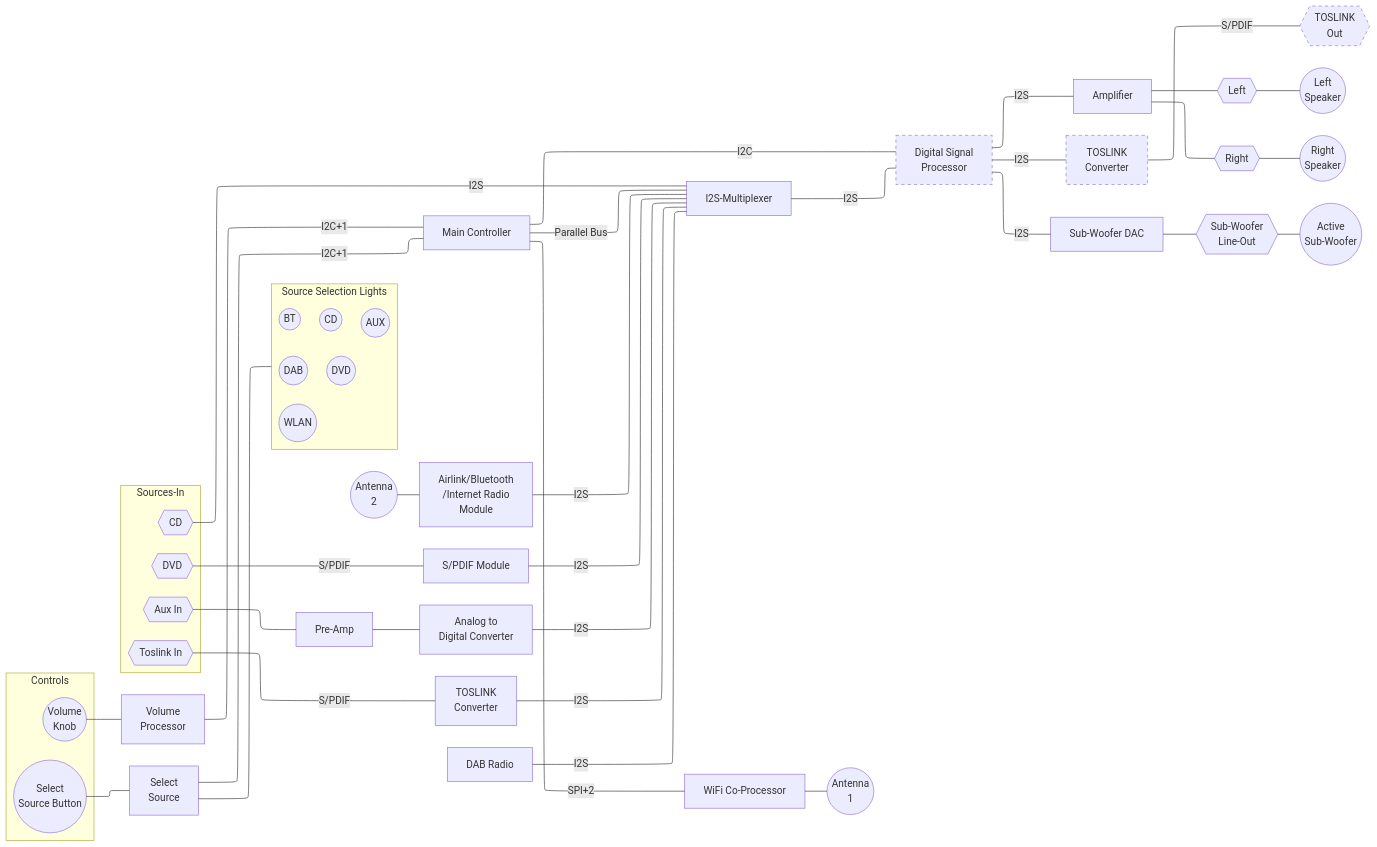
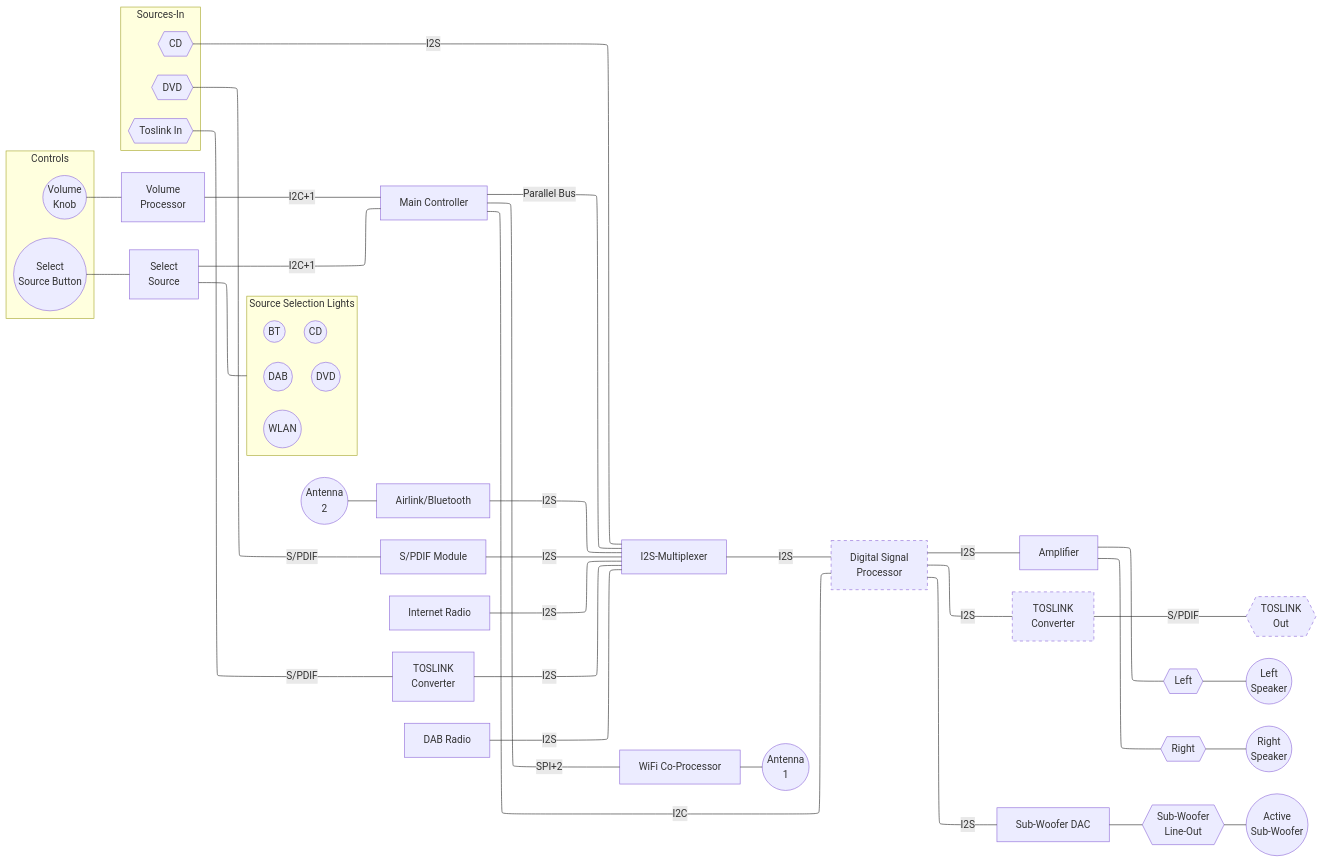
The first of 3 diagrams in README.md (adoble/modular-audio), drawn with Mermaid before and after one commit.

Commit message:
Removed aux, added internet-radio

````diff
--- a/README.md
+++ b/README.md
@@ -13,68 +13,66 @@
 ```mermaid
 %%{init: {"flowchart": {"defaultRenderer": "elk"}} }%%
 flowchart LR
 
 
 main_ctrl["Main Controller"] -- Parallel Bus --- i2sm[I2S-Multiplexer];
 wifi --- antenna1((Antenna <br> 1));
 
 main_ctrl -- I2C --- dsp;
 main_ctrl -- SPI+2 --- wifi["WiFi Co-Processor"]
 i2sm -- I2S --- dsp["Digital Signal <br> Processor"] -- I2S --- amp[Amplifier];
 dsp -- I2S --- toslink_out_converter[TOSLINK<br>Converter] -- "S/PDIF" --- toslink_out{{TOSLINK <br> Out}};
 
 
 style dsp stroke-dasharray: 5 5;
 style toslink_out_converter stroke-dasharray: 5 5;
 style toslink_out stroke-dasharray: 5 5;
 
 
 subgraph sources [Sources-In]
     cd{{CD}};
     dvd{{DVD}};
     tos_link_in{{Toslink In}}
-    aux{{Aux In}};
-    
 end
 
 subgraph source_sel_display [Source Selection Lights]
     direction LR
     cd_source_selected((CD ))
     dvd_source_selected((DVD))
     bluetooth_source_selected((BT ))
     wlan_source_selected((WLAN))
-    aux_source_selected((AUX))
     dab_source_selected((DAB))
 end
 
 antenna2((Antenna <br> 2)) --- airlink;
-airlink["Airlink/Bluetooth <br> /Internet Radio <br> Module"] -- I2S --- i2sm
+airlink["Airlink/Bluetooth"] -- I2S --- i2sm
 cd -- I2S  --- i2sm;
 dvd -- "S/PDIF" --- spdif["S/PDIF Module"] -- I2S --- i2sm;
-aux --- Pre-Amp --- adc[Analog to <br>Digital Converter] -- I2S --- i2sm;
+internet-radio["Internet Radio"] -- I2S --- i2sm
+
 tos_link_in -- "S/PDIF" --- toslink_converter[TOSLINK<br>Converter] -- I2S --- i2sm; 
 dab["DAB Radio"] -- I2S --- i2sm
 
 amp --- left{{Left}} --- left_spk((Left <br> Speaker)) 
 amp --- right{{Right}} --- right_spk((Right <br> Speaker)) 
 
 dsp -- I2S --- sw-dac[Sub-Woofer DAC] --- sw-line-out{{Sub-Woofer<br>Line-Out}} --- active-sw((Active<br>Sub-Woofer))
 
 
 vol_proc[Volume <br> Processor];
 sel_source[Select <br> Source <br>];
 
 subgraph controls[Controls]
     direction TB
     sel_source_btn((Select <br> Source Button))
     vol_knob((Volume <br> Knob))
 end
 
 sel_source --- source_sel_display
 vol_knob --- vol_proc -- I2C+1--- main_ctrl;
 sel_source_btn --- sel_source -- I2C+1--- main_ctrl;
 
 
 %%click main_ctrl "https://github.com/adoble/modular-audio/blob/main/README.md#controller"%%
 %%click i2sm "https://github.com/adoble/modular-audio/tree/main/hardware/i2s-multiplexer" "Click to see sub-repository"%%
 ```
````
